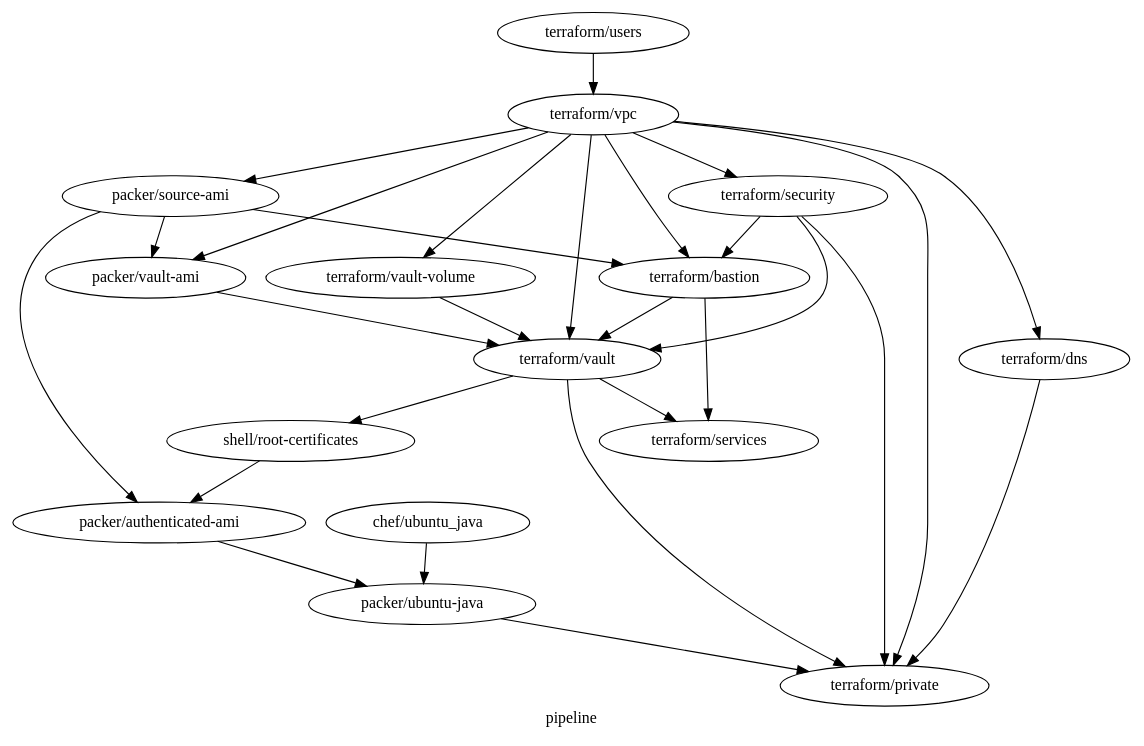
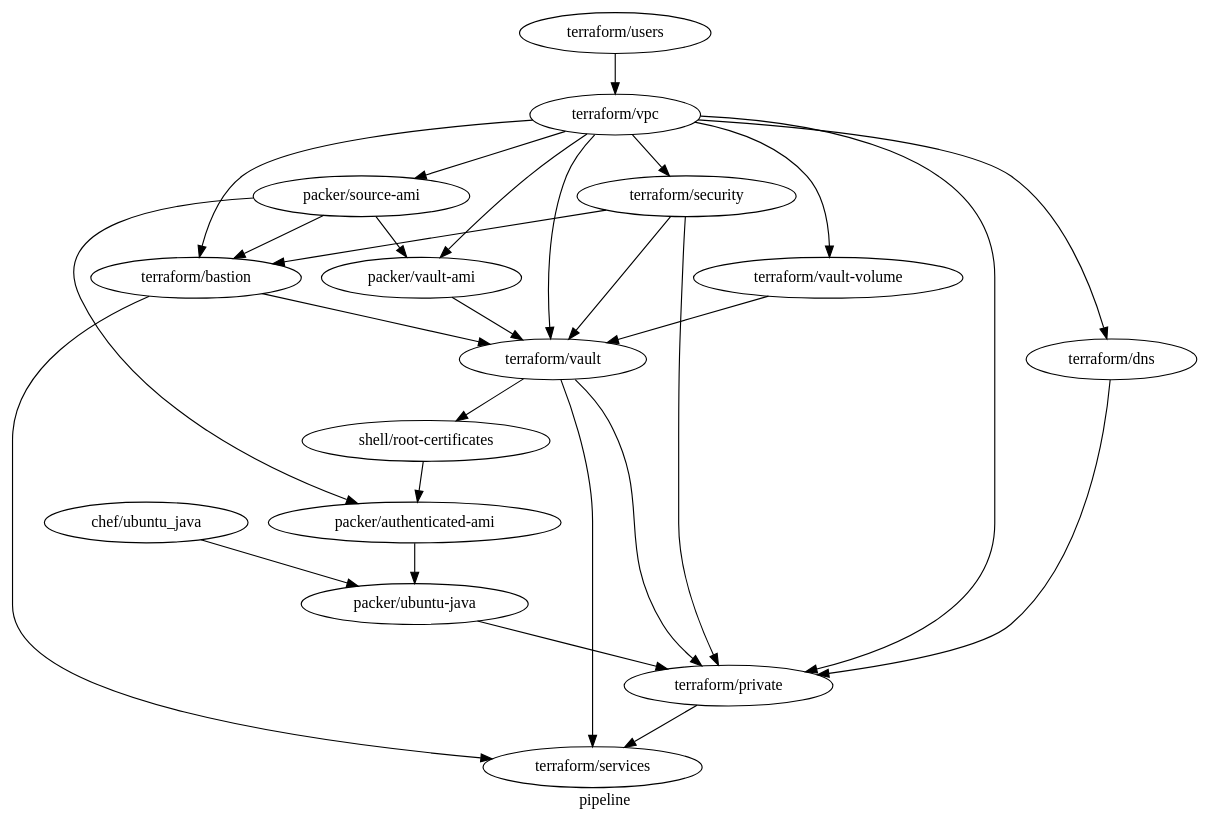
The diagram in architecture.dot (samsquire/mazzle-starter), drawn with Graphviz before and after one commit.

Commit message:
add private instance to service discovery

```diff
--- a/architecture.dot
+++ b/architecture.dot
@@ -1,73 +1,74 @@
 digraph G {
   label="pipeline";
 
 /* List your components */  
 "chef/ubuntu_java";
 "packer/source-ami";
 "packer/ubuntu-java";
 "terraform/vpc";
 "terraform/users";
 "terraform/bastion";
  "terraform/private"; 
 /* "terraform/repository"; */
 /* "terraform/repository-volume"; */
 "packer/vault-ami";
 "terraform/vault";
 "terraform/security";
 "terraform/services";
 "terraform/dns";
 "shell/root-certificates";
 "packer/authenticated-ami";
 
 /* List dependencies */
 "packer/source-ami" -> "terraform/bastion";
 
 /* "terraform/vpc" -> "terraform/repository"; */
 /* "terraform/dns" -> "terraform/repository"; */
 /* "terraform/security" -> "terraform/repository"; */
 /* "terraform/repository" -> "packer/source-ami"; */
 
 "terraform/vpc" -> "terraform/dns";
  "terraform/vault" -> "terraform/private";
 /* "terraform/vpc" -> "terraform/repository-volume"; */
 /* "terraform/repository-volume" -> "terraform/repository"; */
 
 "terraform/vault" -> "terraform/services";
 "terraform/bastion" -> "terraform/services";
+"terraform/private" -> "terraform/services";
 
 "terraform/vpc" -> "terraform/vault-volume";
 "terraform/vpc" -> "packer/source-ami";
 
 "terraform/vpc" -> "packer/vault-ami";
 "packer/vault-ami" -> "terraform/vault";
 
 "terraform/vault-volume" -> "terraform/vault";
 
 "packer/source-ami" -> "packer/vault-ami";
 
  "terraform/dns" -> "terraform/private";
 
 "terraform/security" -> "terraform/vault"
 "terraform/vpc" -> "terraform/vault";
 
 "terraform/security" -> "terraform/bastion";
  "terraform/security" -> "terraform/private"; 
 "terraform/vpc" -> "terraform/security";
 
 "chef/ubuntu_java" -> "packer/ubuntu-java";
 "terraform/users" -> "terraform/vpc"
 
 "terraform/vpc" ->"terraform/private";
 
 "terraform/vpc" -> "terraform/bastion";
 "terraform/vault" -> "shell/root-certificates";
 "terraform/bastion" -> "terraform/vault";
 
 "shell/root-certificates" -> "packer/authenticated-ami";
 
 "packer/ubuntu-java" -> "terraform/private";
 
 "packer/source-ami" -> "packer/authenticated-ami";
 "packer/authenticated-ami" -> "packer/ubuntu-java";
 
 }
```
